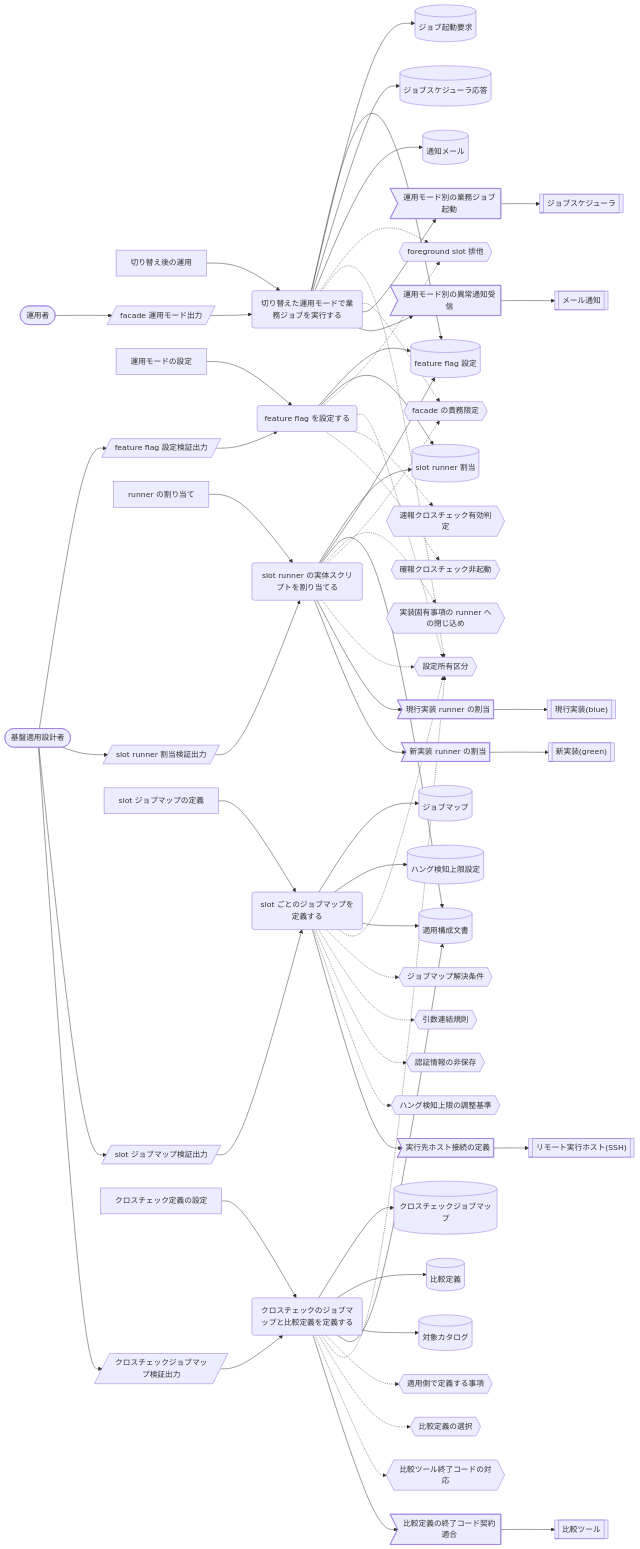
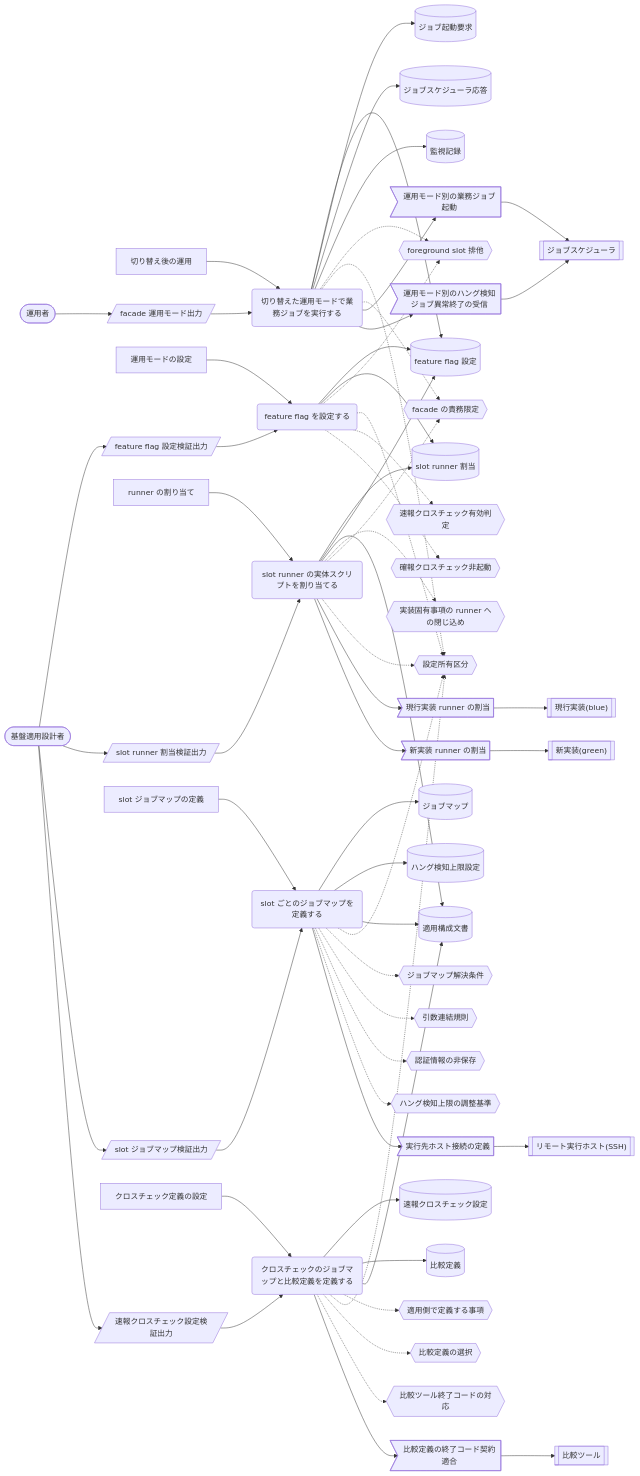
One commit to suwa-sh/relay-gate changed the seventh of 8 diagrams in docs/rdra/latest/views/04_UC複合図.md. Above: the diagram before and after it, drawn with Mermaid. The commit also changed other lines of this file and 3014 other files, not shown here.

````diff
--- a/docs/rdra/latest/views/04_UC複合図.md
+++ b/docs/rdra/latest/views/04_UC複合図.md
@@ -709,7 +695,7 @@
   IF1[("feature flag 設定")]
   IF2[("ジョブ起動要求")]
   IF3[("ジョブスケジューラ応答")]
-  IF4[("通知メール")]
+  IF4[("監視記録")]
   CD1{{"foreground slot 排他"}}
   CD2{{"設定所有区分"}}
   CD3{{"facade の責務限定"}}
@@ -717,8 +703,7 @@
   AC1(["運用者"])
   EV1>"運用モード別の業務ジョブ起動"]
   EX1[["ジョブスケジューラ"]]
-  EV2>"運用モード別の異常通知受信"]
-  EX2[["メール通知"]]
+  EV2>"運用モード別のハング検知ジョブ異常終了の受信"]
   UC2("feature flag を設定する")
   AT2["運用モードの設定"]
   IF5[("slot runner 割当")]
@@ -732,9 +717,9 @@
   CD6{{"実装固有事項の runner への閉じ込め"}}
   SC3[/"slot runner 割当検証出力"/]
   EV3>"現行実装 runner の割当"]
-  EX3[["現行実装(blue)"]]
+  EX2[["現行実装(blue)"]]
   EV4>"新実装 runner の割当"]
-  EX4[["新実装(green)"]]
+  EX3[["新実装(green)"]]
   UC4("slot ごとのジョブマップを定義する")
   AT4["slot ジョブマップの定義"]
   IF7[("ジョブマップ")]
@@ -745,18 +730,17 @@
   CD10{{"ハング検知上限の調整基準"}}
   SC4[/"slot ジョブマップ検証出力"/]
   EV5>"実行先ホスト接続の定義"]
-  EX5[["リモート実行ホスト(SSH)"]]
+  EX4[["リモート実行ホスト(SSH)"]]
   UC5("クロスチェックのジョブマップと比較定義を定義する")
   AT5["クロスチェック定義の設定"]
-  IF9[("クロスチェックジョブマップ")]
+  IF9[("速報クロスチェック設定")]
   IF10[("比較定義")]
-  IF11[("対象カタログ")]
   CD11{{"適用側で定義する事項"}}
   CD12{{"比較定義の選択"}}
   CD13{{"比較ツール終了コードの対応"}}
-  SC5[/"クロスチェックジョブマップ検証出力"/]
+  SC5[/"速報クロスチェック設定検証出力"/]
   EV6>"比較定義の終了コード契約適合"]
-  EX6[["比較ツール"]]
+  EX5[["比較ツール"]]
   AT1 --> UC1
   UC1 --> IF1
   UC1 --> IF2
@@ -770,7 +754,7 @@
   UC1 --> EV1
   EV1 --> EX1
   UC1 --> EV2
-  EV2 --> EX2
+  EV2 --> EX1
   AT2 --> UC2
   UC2 --> IF1
   UC2 --> IF5
@@ -790,9 +774,9 @@
   AC2 --> SC3
   SC3 --> UC3
   UC3 --> EV3
-  EV3 --> EX3
+  EV3 --> EX2
   UC3 --> EV4
-  EV4 --> EX4
+  EV4 --> EX3
   AT4 --> UC4
   UC4 --> IF7
   UC4 --> IF8
@@ -805,11 +789,10 @@
   AC2 --> SC4
   SC4 --> UC4
   UC4 --> EV5
-  EV5 --> EX5
+  EV5 --> EX4
   AT5 --> UC5
   UC5 --> IF9
   UC5 --> IF10
-  UC5 --> IF11
   UC5 --> IF6
   UC5 -.-> CD11
   UC5 -.-> CD2
@@ -818,5 +801,5 @@
   AC2 --> SC5
   SC5 --> UC5
   UC5 --> EV6
-  EV6 --> EX6
+  EV6 --> EX5
 ```
````
